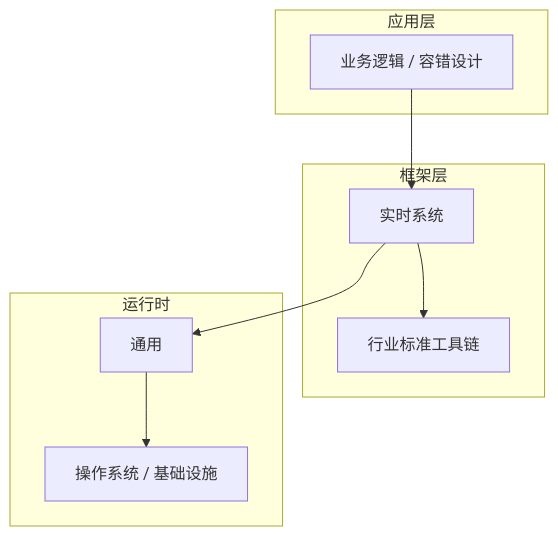
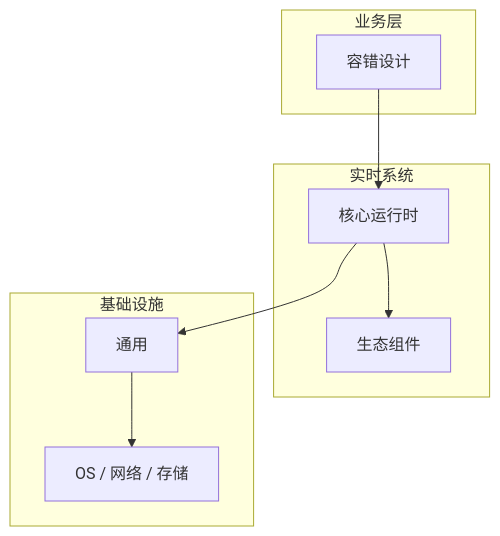
The diagram in articles/实时系统/chapters/049-容错设计核心概念与原理.md (yanggan2015/knowledge-json-v2), drawn with Mermaid before and after one commit. The commit also changed other lines of this file and 10127 other files, not shown here.

````diff
--- a/articles/实时系统/chapters/049-容错设计核心概念与原理.md
+++ b/articles/实时系统/chapters/049-容错设计核心概念与原理.md
@@ -45,18 +34,18 @@
 ```mermaid
 graph TB
-    subgraph 应用层
-        A[业务逻辑 / 容错设计]
+    subgraph 业务层
+        A[容错设计]
     end
-    subgraph 框架层
-        B[实时系统]
-        C[行业标准工具链]
+    subgraph 实时系统
+        B[核心运行时]
+        C[生态组件]
     end
-    subgraph 运行时
+    subgraph 基础设施
         D[通用]
-        E[操作系统 / 基础设施]
+        E[OS / 网络 / 存储]
     end
     A --> B
     B --> C
     B --> D
     D --> E
 ```
````
